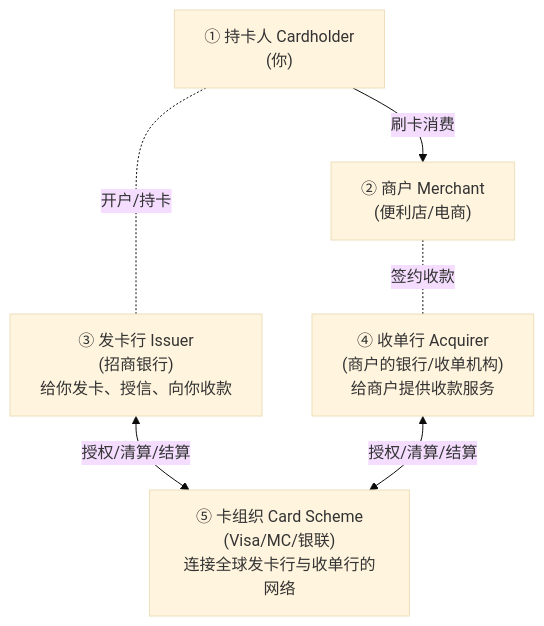
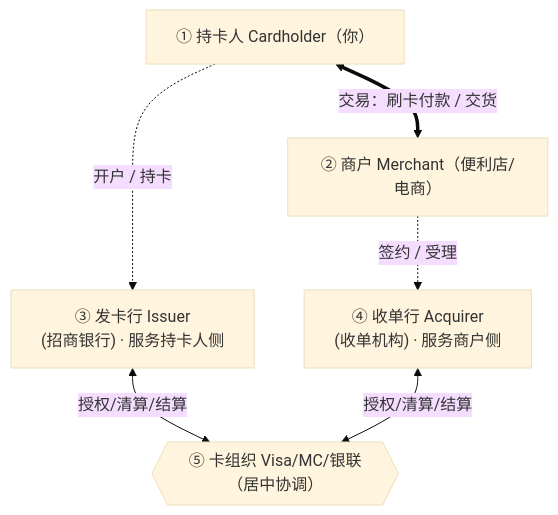
Before and after one commit to loong-ju/tech-research: the fourth of 22 diagrams in payment/card-payment/01-cards-business.md, drawn with Mermaid (base theme). The commit also changed other lines of this file, not shown here.

First line of the commit message:
01-cards-business §3.1 四方模型图重画对称 + §4.3.2/§4.5 PayFac机理辨析

````diff
--- a/payment/card-payment/01-cards-business.md
+++ b/payment/card-payment/01-cards-business.md
@@ -156,13 +156,8 @@
 ```mermaid
 flowchart TB
-    CH["① 持卡人 Cardholder<br/>(你)"]
-    M["② 商户 Merchant<br/>(便利店/电商)"]
-    ISS["③ 发卡行 Issuer<br/>(招商银行)<br/>给你发卡、授信、向你收款"]
-    ACQ["④ 收单行 Acquirer<br/>(商户的银行/收单机构)<br/>给商户提供收款服务"]
-    CS["⑤ 卡组织 Card Scheme<br/>(Visa/MC/银联)<br/>连接全球发卡行与收单行的网络"]
-    CH -->|刷卡消费| M
-    CH -.开户/持卡.- ISS
-    M -.签约收款.- ACQ
-    ISS <-->|授权/清算/结算| CS
-    ACQ <-->|授权/清算/结算| CS
+    CH["① 持卡人 Cardholder（你）"] <==>|"交易：刷卡付款 / 交货"| M["② 商户 Merchant（便利店/电商）"]
+    CH -.->|"开户 / 持卡"| ISS["③ 发卡行 Issuer<br/>(招商银行) · 服务持卡人侧"]
+    M -.->|"签约 / 受理"| ACQ["④ 收单行 Acquirer<br/>(收单机构) · 服务商户侧"]
+    ISS <-->|"授权/清算/结算"| CS{{"⑤ 卡组织 Visa/MC/银联（居中协调）"}}
+    ACQ <-->|"授权/清算/结算"| CS
 ```
````
